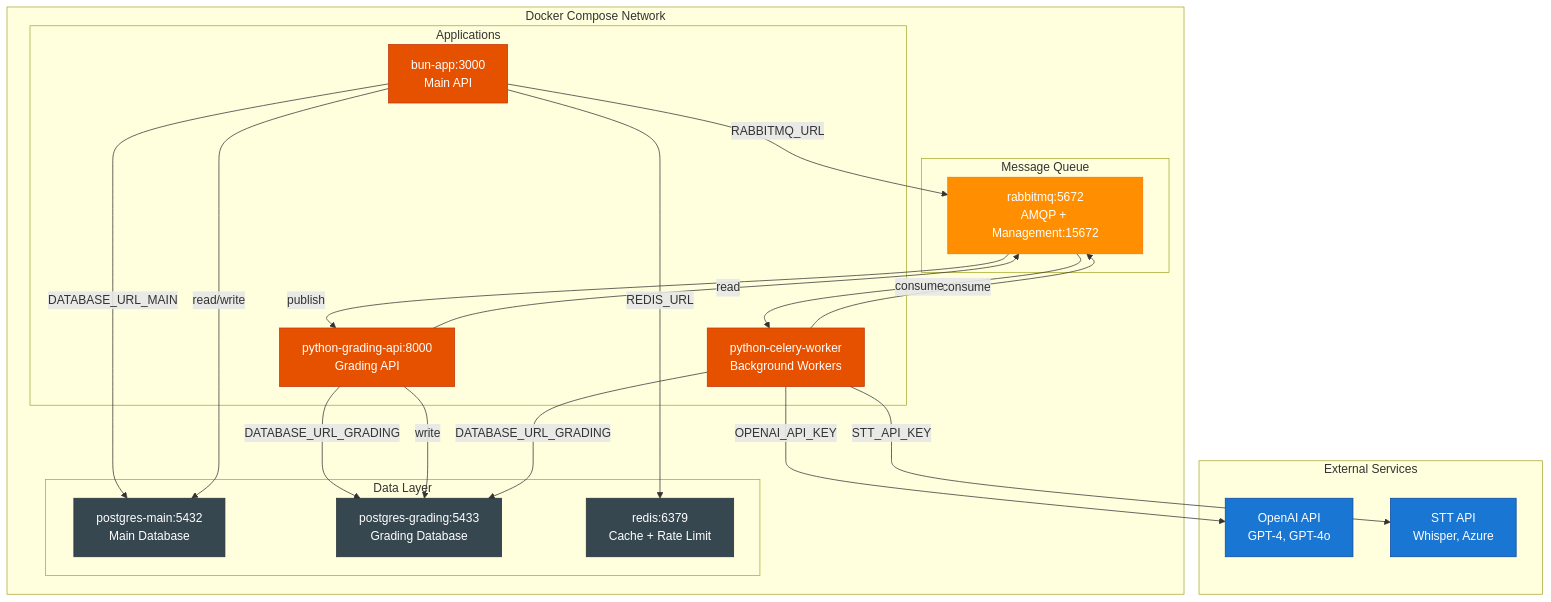
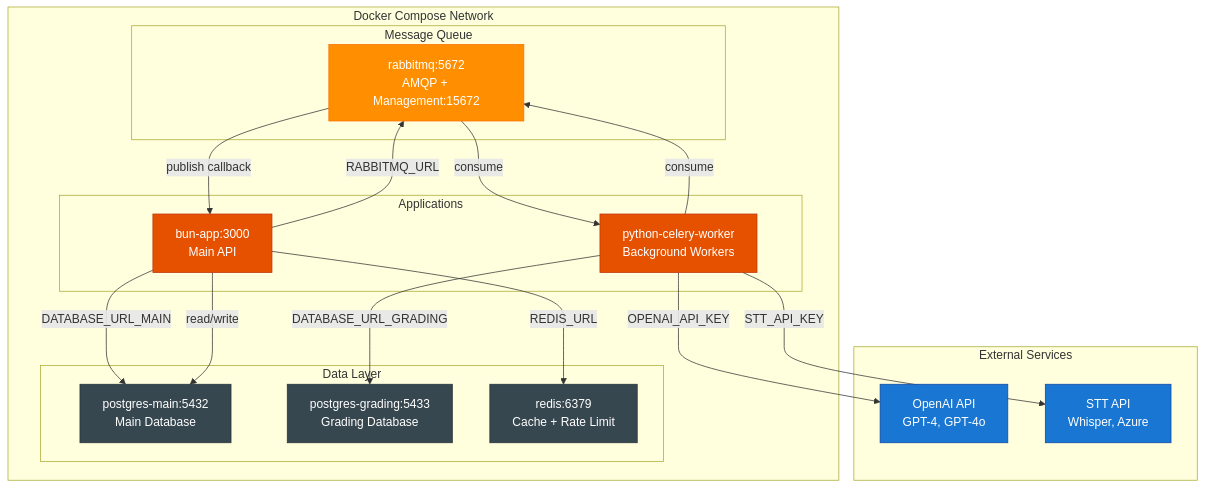
Before and after one commit to nghyane/VSTEP: the diagram in docs/capstone/specs/deployment.vi.md, drawn with Mermaid. The commit also changed other lines of this file and 6 other files, not shown here.

First line of the commit message:
docs(specs): unify architecture - remove FastAPI layer, standardize endpoints, add SSE spec

````diff
--- a/docs/capstone/specs/deployment.vi.md
+++ b/docs/capstone/specs/deployment.vi.md
@@ -9,52 +9,47 @@
 ```mermaid
 flowchart TB
     subgraph DockerCompose["Docker Compose Network"]
         subgraph Data["Data Layer"]
             PostgresMain["postgres-main:5432<br/>Main Database"]
             PostgresGrading["postgres-grading:5433<br/>Grading Database"]
             RedisService["redis:6379<br/>Cache + Rate Limit"]
         end
 
         subgraph MessageQueue["Message Queue"]
             RabbitMQ["rabbitmq:5672<br/>AMQP + Management:15672"]
         end
 
         subgraph Apps["Applications"]
             BunApp["bun-app:3000<br/>Main API"]
-            GradingAPI["python-grading-api:8000<br/>Grading API"]
             CeleryWorker["python-celery-worker<br/>Background Workers"]
         end
     end
 
     subgraph External["External Services"]
         OpenAI["OpenAI API<br/>GPT-4, GPT-4o"]
         STT["STT API<br/>Whisper, Azure"]
     end
 
     BunApp -->|DATABASE_URL_MAIN| PostgresMain
     BunApp -->|REDIS_URL| RedisService
     BunApp -->|RABBITMQ_URL| RabbitMQ
     BunApp -->|read/write| PostgresMain
 
-    GradingAPI -->|DATABASE_URL_GRADING| PostgresGrading
-    GradingAPI -->|read| RabbitMQ
-    GradingAPI -->|write| PostgresGrading
-
     CeleryWorker -->|consume| RabbitMQ
     CeleryWorker -->|DATABASE_URL_GRADING| PostgresGrading
     CeleryWorker -->|OPENAI_API_KEY| OpenAI
     CeleryWorker -->|STT_API_KEY| STT
 
-    RabbitMQ -->|publish| GradingAPI
     RabbitMQ -->|consume| CeleryWorker
+    RabbitMQ -->|publish callback| BunApp
 
     classDef data fill:#37474f,stroke:#263238,color:#fff
     classDef queue fill:#ff8f00,stroke:#ff6f00,color:#fff
     classDef app fill:#e65100,stroke:#bf360c,color:#fff
     classDef external fill:#1976d2,stroke:#0d47a1,color:#fff
 
     class PostgresMain,PostgresGrading,RedisService data
     class RabbitMQ queue
-    class BunApp,GradingAPI,CeleryWorker app
+    class BunApp,CeleryWorker app
     class OpenAI,STT external
 ```
````
